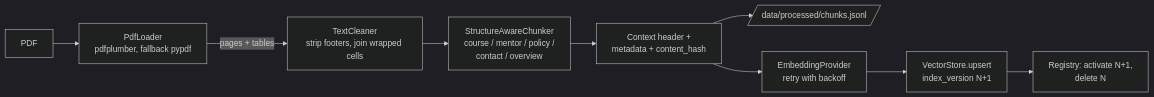
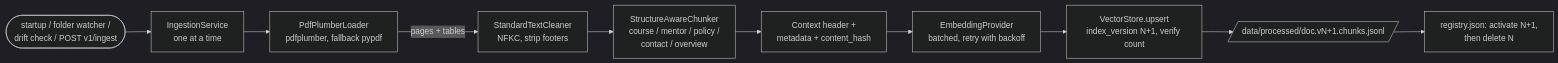
The fourth of 6 diagrams in docs/ARCHITECTURE.md (Abdullah-Mehmood-242/genzskool-chatbot), drawn with Mermaid (dark theme) before and after one commit. The commit also changed other lines of this file and 58 other files, not shown here.

First line of the commit message:
Phase 2: ingestion service with auto-ingest

````diff
--- a/docs/ARCHITECTURE.md
+++ b/docs/ARCHITECTURE.md
@@ -110,11 +110,12 @@
 ```mermaid
 flowchart LR
-    pdf[PDF] --> load[PdfLoader<br/>pdfplumber, fallback pypdf]
-    load -->|pages + tables| clean[TextCleaner<br/>strip footers, join wrapped cells]
+    trig([startup / folder watcher /<br/>drift check / POST v1/ingest]) --> svc
+    svc[IngestionService<br/>one at a time] --> load
+    load[PdfPlumberLoader<br/>pdfplumber, fallback pypdf] -->|pages + tables| clean[StandardTextCleaner<br/>NFKC, strip footers]
     clean --> chunk[StructureAwareChunker<br/>course / mentor / policy /<br/>contact / overview]
     chunk --> hdr[Context header +<br/>metadata + content_hash]
-    hdr --> jsonl[/data/processed/chunks.jsonl/]
-    hdr --> embed[EmbeddingProvider<br/>retry with backoff]
-    embed --> upsert[VectorStore.upsert<br/>index_version N+1]
-    upsert --> swap[Registry: activate N+1,<br/>delete N]
+    hdr --> embed[EmbeddingProvider<br/>batched, retry with backoff]
+    embed --> upsert[VectorStore.upsert<br/>index_version N+1, verify count]
+    upsert --> jsonl[/data/processed/doc.vN+1.chunks.jsonl/]
+    jsonl --> swap[registry.json: activate N+1,<br/>then delete N]
 ```
````
